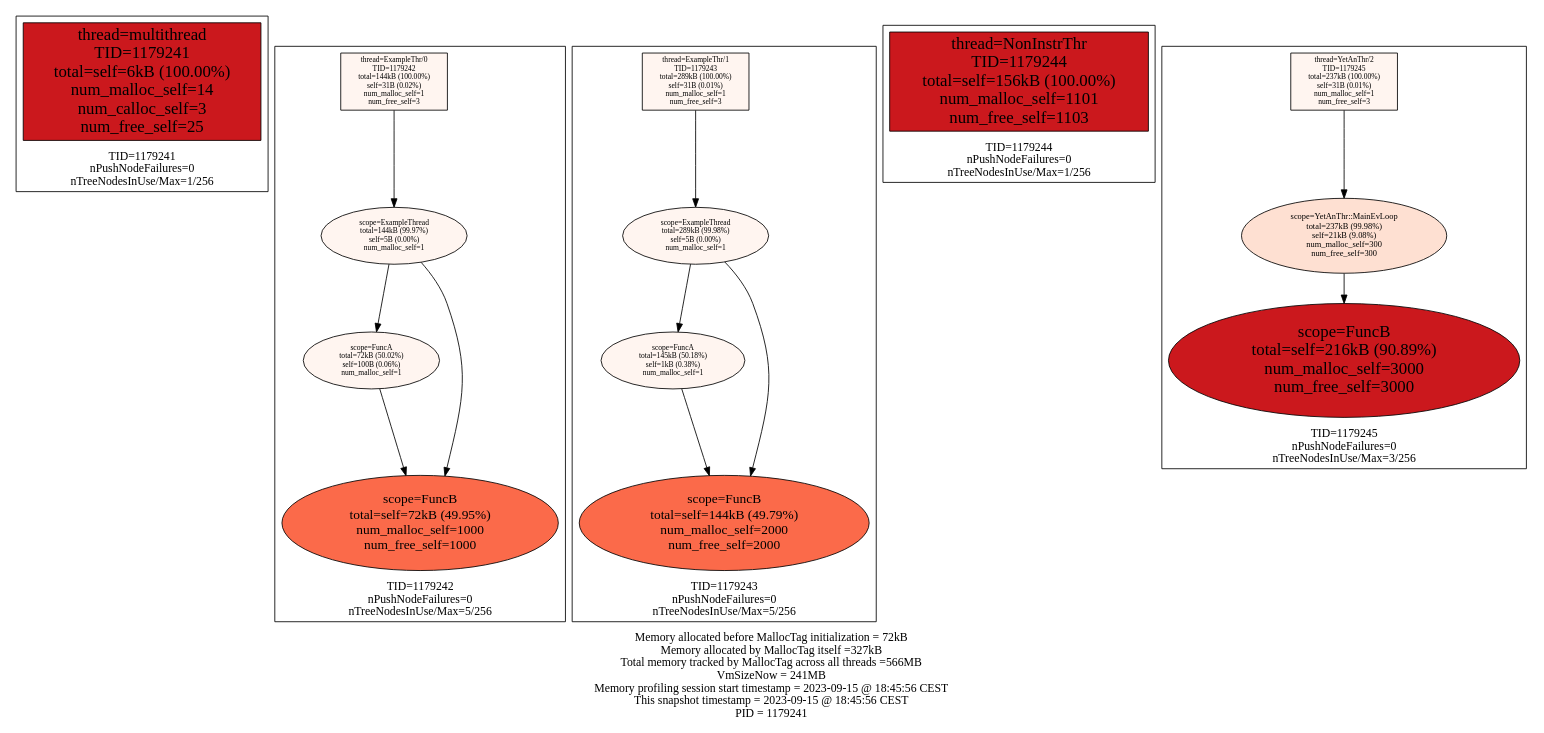
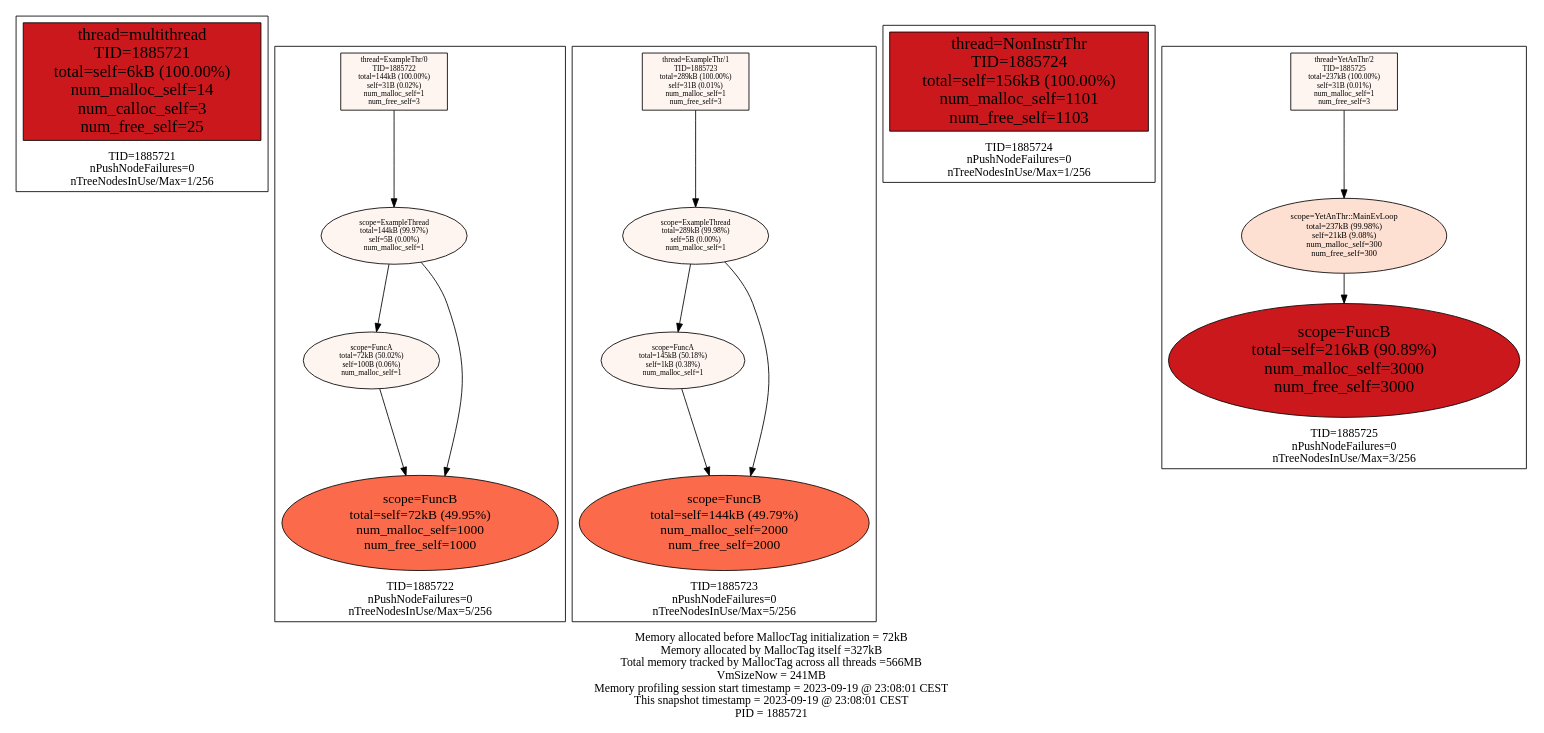
The diagram in examples/multithread/multithread_stats.dot (f18m/malloc-tag), drawn with Graphviz before and after one commit. The commit also changed 22 other files, not shown here.

```diff
--- a/examples/multithread/multithread_stats.dot
+++ b/examples/multithread/multithread_stats.dot
@@ -1,60 +1,60 @@
 digraph MallocTree {
  node [colorscheme=reds9 style=filled]
- subgraph cluster_TID1179241 {
+ subgraph cluster_TID1885721 {
   node [colorscheme=reds9 style=filled]
   labelloc="b"
-  label="TID=1179241\nnPushNodeFailures=0\nnTreeNodesInUse/Max=1/256\n"
-  "1179241_multithread" [label="thread=multithread\nTID=1179241\ntotal=self=6kB (100.00%)\nnum_malloc_self=14\nnum_calloc_self=3\nnum_free_self=25" shape=box fillcolor=7 fontsize=20]
+  label="TID=1885721\nnPushNodeFailures=0\nnTreeNodesInUse/Max=1/256\n"
+  "1885721_multithread" [label="thread=multithread\nTID=1885721\ntotal=self=6kB (100.00%)\nnum_malloc_self=14\nnum_calloc_self=3\nnum_free_self=25" shape=box fillcolor=7 fontsize=20]
  }
 
- subgraph cluster_TID1179242 {
+ subgraph cluster_TID1885722 {
   node [colorscheme=reds9 style=filled]
   labelloc="b"
-  label="TID=1179242\nnPushNodeFailures=0\nnTreeNodesInUse/Max=5/256\n"
-  "1179242_ExampleThr/0" [label="thread=ExampleThr/0\nTID=1179242\ntotal=144kB (100.00%)\nself=31B (0.02%)\nnum_malloc_self=1\nnum_free_self=3" shape=box fillcolor=1 fontsize=9]
-  "1179242_ExampleThr/0" -> "1179242_ExampleThread"
-  "1179242_ExampleThread" [label="scope=ExampleThread\ntotal=144kB (99.97%)\nself=5B (0.00%)\nnum_malloc_self=1" fillcolor=1 fontsize=9]
-  "1179242_ExampleThread" -> "1179242_FuncA"
-  "1179242_ExampleThread" -> "1179242_FuncB"
-  "1179242_FuncA" [label="scope=FuncA\ntotal=72kB (50.02%)\nself=100B (0.06%)\nnum_malloc_self=1" fillcolor=1 fontsize=9]
-  "1179242_FuncA" -> "1179242_FuncB"
-  "1179242_FuncB" [label="scope=FuncB\ntotal=self=72kB (49.95%)\nnum_malloc_self=1000\nnum_free_self=1000" fillcolor=5 fontsize=16]
-  "1179242_FuncB" [label="scope=FuncB\ntotal=self=72kB (49.95%)\nnum_malloc_self=1000\nnum_free_self=1000" fillcolor=5 fontsize=16]
+  label="TID=1885722\nnPushNodeFailures=0\nnTreeNodesInUse/Max=5/256\n"
+  "1885722_ExampleThr/0" [label="thread=ExampleThr/0\nTID=1885722\ntotal=144kB (100.00%)\nself=31B (0.02%)\nnum_malloc_self=1\nnum_free_self=3" shape=box fillcolor=1 fontsize=9]
+  "1885722_ExampleThr/0" -> "1885722_ExampleThread"
+  "1885722_ExampleThread" [label="scope=ExampleThread\ntotal=144kB (99.97%)\nself=5B (0.00%)\nnum_malloc_self=1" fillcolor=1 fontsize=9]
+  "1885722_ExampleThread" -> "1885722_FuncA"
+  "1885722_ExampleThread" -> "1885722_FuncB"
+  "1885722_FuncA" [label="scope=FuncA\ntotal=72kB (50.02%)\nself=100B (0.06%)\nnum_malloc_self=1" fillcolor=1 fontsize=9]
+  "1885722_FuncA" -> "1885722_FuncB"
+  "1885722_FuncB" [label="scope=FuncB\ntotal=self=72kB (49.95%)\nnum_malloc_self=1000\nnum_free_self=1000" fillcolor=5 fontsize=16]
+  "1885722_FuncB" [label="scope=FuncB\ntotal=self=72kB (49.95%)\nnum_malloc_self=1000\nnum_free_self=1000" fillcolor=5 fontsize=16]
  }
 
- subgraph cluster_TID1179243 {
+ subgraph cluster_TID1885723 {
   node [colorscheme=reds9 style=filled]
   labelloc="b"
-  label="TID=1179243\nnPushNodeFailures=0\nnTreeNodesInUse/Max=5/256\n"
-  "1179243_ExampleThr/1" [label="thread=ExampleThr/1\nTID=1179243\ntotal=289kB (100.00%)\nself=31B (0.01%)\nnum_malloc_self=1\nnum_free_self=3" shape=box fillcolor=1 fontsize=9]
-  "1179243_ExampleThr/1" -> "1179243_ExampleThread"
-  "1179243_ExampleThread" [label="scope=ExampleThread\ntotal=289kB (99.98%)\nself=5B (0.00%)\nnum_malloc_self=1" fillcolor=1 fontsize=9]
-  "1179243_ExampleThread" -> "1179243_FuncA"
-  "1179243_ExampleThread" -> "1179243_FuncB"
-  "1179243_FuncA" [label="scope=FuncA\ntotal=145kB (50.18%)\nself=1kB (0.38%)\nnum_malloc_self=1" fillcolor=1 fontsize=9]
-  "1179243_FuncA" -> "1179243_FuncB"
-  "1179243_FuncB" [label="scope=FuncB\ntotal=self=144kB (49.79%)\nnum_malloc_self=2000\nnum_free_self=2000" fillcolor=5 fontsize=16]
-  "1179243_FuncB" [label="scope=FuncB\ntotal=self=144kB (49.79%)\nnum_malloc_self=2000\nnum_free_self=2000" fillcolor=5 fontsize=16]
+  label="TID=1885723\nnPushNodeFailures=0\nnTreeNodesInUse/Max=5/256\n"
+  "1885723_ExampleThr/1" [label="thread=ExampleThr/1\nTID=1885723\ntotal=289kB (100.00%)\nself=31B (0.01%)\nnum_malloc_self=1\nnum_free_self=3" shape=box fillcolor=1 fontsize=9]
+  "1885723_ExampleThr/1" -> "1885723_ExampleThread"
+  "1885723_ExampleThread" [label="scope=ExampleThread\ntotal=289kB (99.98%)\nself=5B (0.00%)\nnum_malloc_self=1" fillcolor=1 fontsize=9]
+  "1885723_ExampleThread" -> "1885723_FuncA"
+  "1885723_ExampleThread" -> "1885723_FuncB"
+  "1885723_FuncA" [label="scope=FuncA\ntotal=145kB (50.18%)\nself=1kB (0.38%)\nnum_malloc_self=1" fillcolor=1 fontsize=9]
+  "1885723_FuncA" -> "1885723_FuncB"
+  "1885723_FuncB" [label="scope=FuncB\ntotal=self=144kB (49.79%)\nnum_malloc_self=2000\nnum_free_self=2000" fillcolor=5 fontsize=16]
+  "1885723_FuncB" [label="scope=FuncB\ntotal=self=144kB (49.79%)\nnum_malloc_self=2000\nnum_free_self=2000" fillcolor=5 fontsize=16]
  }
 
- subgraph cluster_TID1179244 {
+ subgraph cluster_TID1885724 {
   node [colorscheme=reds9 style=filled]
   labelloc="b"
-  label="TID=1179244\nnPushNodeFailures=0\nnTreeNodesInUse/Max=1/256\n"
-  "1179244_NonInstrThr" [label="thread=NonInstrThr\nTID=1179244\ntotal=self=156kB (100.00%)\nnum_malloc_self=1101\nnum_free_self=1103" shape=box fillcolor=7 fontsize=20]
+  label="TID=1885724\nnPushNodeFailures=0\nnTreeNodesInUse/Max=1/256\n"
+  "1885724_NonInstrThr" [label="thread=NonInstrThr\nTID=1885724\ntotal=self=156kB (100.00%)\nnum_malloc_self=1101\nnum_free_self=1103" shape=box fillcolor=7 fontsize=20]
  }
 
- subgraph cluster_TID1179245 {
+ subgraph cluster_TID1885725 {
   node [colorscheme=reds9 style=filled]
   labelloc="b"
-  label="TID=1179245\nnPushNodeFailures=0\nnTreeNodesInUse/Max=3/256\n"
-  "1179245_YetAnThr/2" [label="thread=YetAnThr/2\nTID=1179245\ntotal=237kB (100.00%)\nself=31B (0.01%)\nnum_malloc_self=1\nnum_free_self=3" shape=box fillcolor=1 fontsize=9]
-  "1179245_YetAnThr/2" -> "1179245_YetAnThr::MainEvLoop"
-  "1179245_YetAnThr::MainEvLoop" [label="scope=YetAnThr::MainEvLoop\ntotal=237kB (99.98%)\nself=21kB (9.08%)\nnum_malloc_self=300\nnum_free_self=300" fillcolor=2 fontsize=10]
-  "1179245_YetAnThr::MainEvLoop" -> "1179245_FuncB"
-  "1179245_FuncB" [label="scope=FuncB\ntotal=self=216kB (90.89%)\nnum_malloc_self=3000\nnum_free_self=3000" fillcolor=7 fontsize=20]
+  label="TID=1885725\nnPushNodeFailures=0\nnTreeNodesInUse/Max=3/256\n"
+  "1885725_YetAnThr/2" [label="thread=YetAnThr/2\nTID=1885725\ntotal=237kB (100.00%)\nself=31B (0.01%)\nnum_malloc_self=1\nnum_free_self=3" shape=box fillcolor=1 fontsize=9]
+  "1885725_YetAnThr/2" -> "1885725_YetAnThr::MainEvLoop"
+  "1885725_YetAnThr::MainEvLoop" [label="scope=YetAnThr::MainEvLoop\ntotal=237kB (99.98%)\nself=21kB (9.08%)\nnum_malloc_self=300\nnum_free_self=300" fillcolor=2 fontsize=10]
+  "1885725_YetAnThr::MainEvLoop" -> "1885725_FuncB"
+  "1885725_FuncB" [label="scope=FuncB\ntotal=self=216kB (90.89%)\nnum_malloc_self=3000\nnum_free_self=3000" fillcolor=7 fontsize=20]
  }
 
  labelloc="b"
- label="Memory allocated before MallocTag initialization = 72kB\nMemory allocated by MallocTag itself =327kB\nTotal memory tracked by MallocTag across all threads =566MB\nVmSizeNow = 241MB\nMemory profiling session start timestamp = 2023-09-15 @ 18:45:56 CEST\nThis snapshot timestamp = 2023-09-15 @ 18:45:56 CEST\nPID = 1179241\n"
+ label="Memory allocated before MallocTag initialization = 72kB\nMemory allocated by MallocTag itself =327kB\nTotal memory tracked by MallocTag across all threads =566MB\nVmSizeNow = 241MB\nMemory profiling session start timestamp = 2023-09-19 @ 23:08:01 CEST\nThis snapshot timestamp = 2023-09-19 @ 23:08:01 CEST\nPID = 1885721\n"
 }
```
